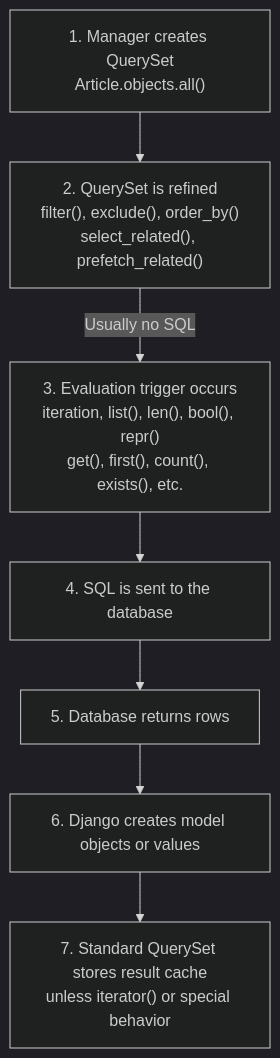
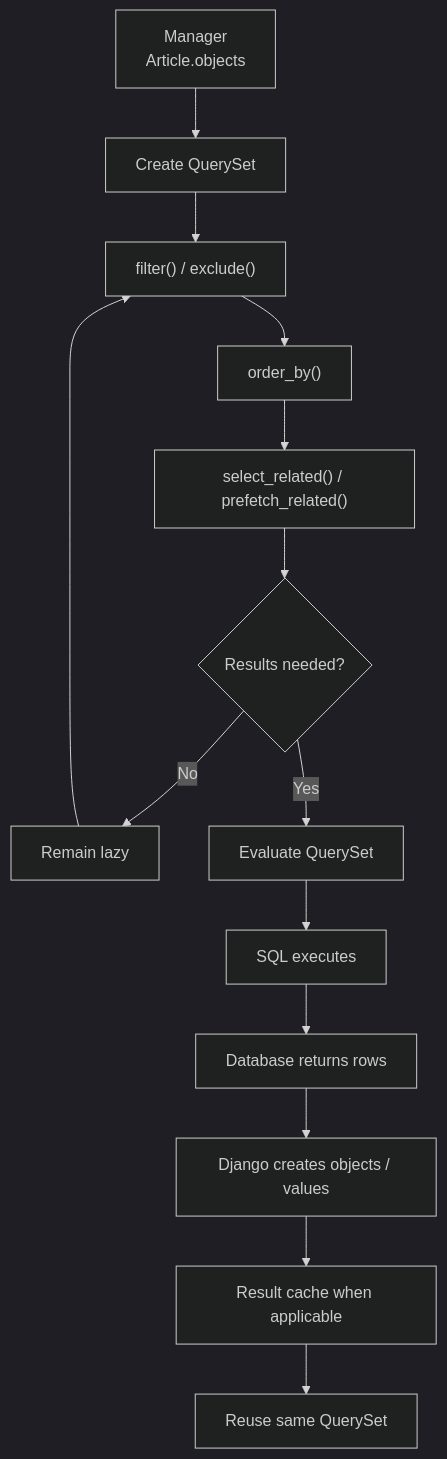
One commit to AvadhBhalodiya/Interview-Preparation changed the fifth of 5 diagrams in src/content/django/orm-querysets-lazy-evaluation.md. Above: the diagram before and after it, drawn with Mermaid (dark theme). The commit also changed other lines of this file and 80 other files, not shown here.

````diff
--- a/src/content/django/orm-querysets-lazy-evaluation.md
+++ b/src/content/django/orm-querysets-lazy-evaluation.md
@@ -1428,9 +985,20 @@
 ```mermaid
 flowchart TD
-    A["1. Manager creates QuerySet<br/>Article.objects.all()"] --> B["2. QuerySet is refined<br/>filter(), exclude(), order_by()<br/>select_related(), prefetch_related()"]
-    B -->|Usually no SQL| C["3. Evaluation trigger occurs<br/>iteration, list(), len(), bool(), repr()<br/>get(), first(), count(), exists(), etc."]
-    C --> D["4. SQL is sent to the database"]
-    D --> E["5. Database returns rows"]
-    E --> F["6. Django creates model objects or values"]
-    F --> G["7. Standard QuerySet stores result cache<br/>unless iterator() or special behavior"]
+    A["Manager<br/>Article.objects"] --> B["Create QuerySet"]
+    B --> C["filter() / exclude()"]
+    C --> D["order_by()"]
+    D --> E["select_related() / prefetch_related()"]
+
+    E --> F{"Results needed?"}
+
+    F -->|No| G["Remain lazy"]
+    G --> C
+
+    F -->|Yes| H["Evaluate QuerySet"]
+    H --> I["SQL executes"]
+    I --> J["Database returns rows"]
+    J --> K["Django creates objects / values"]
+    K --> L["Result cache when applicable"]
+
+    L --> M["Reuse same QuerySet"]
 ```
````
